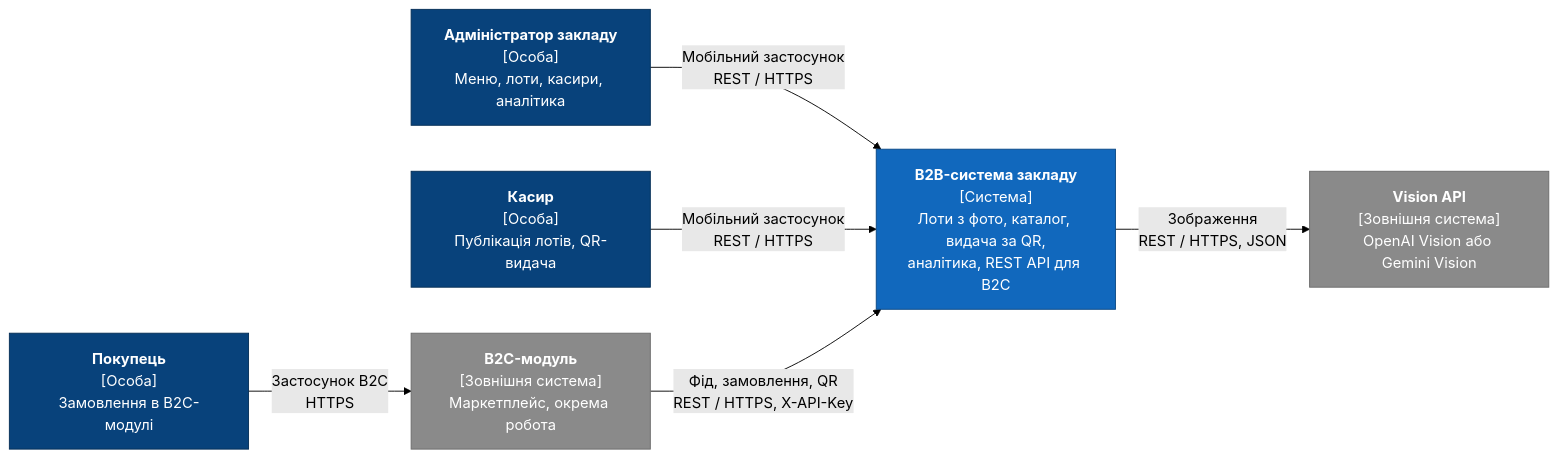
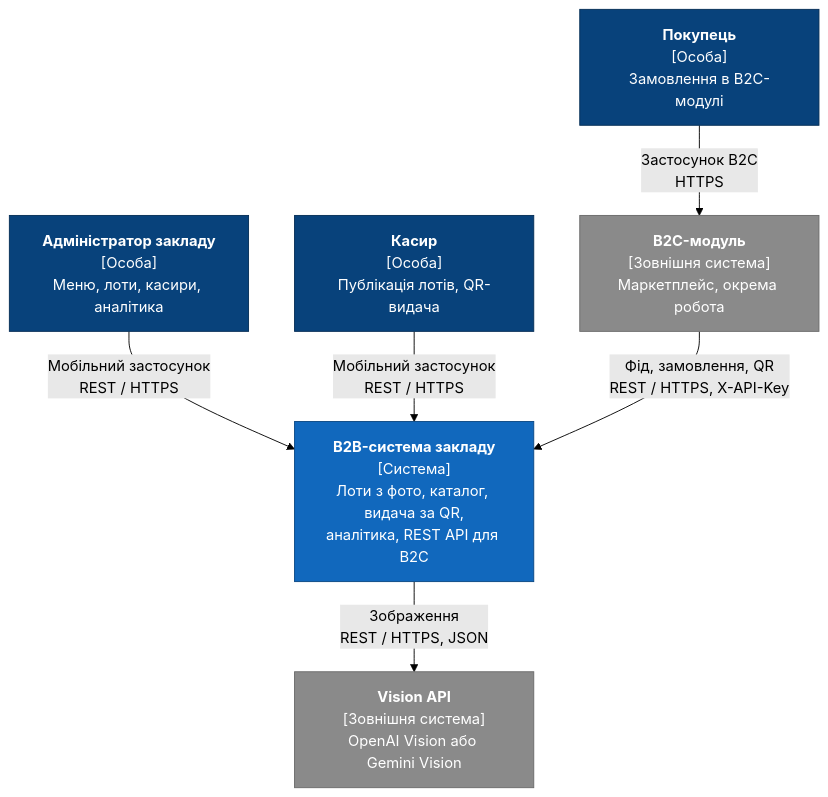
The first of 7 diagrams in docs/2_design.md (F2-diploma-project/F2-diploma-project), drawn with Mermaid (forest theme) before and after one commit. The commit also changed other lines of this file and 1 other file, not shown here.

Commit message:
fix(core): use vertical layout for wide c4 diagrams and link updated document

````diff
--- a/docs/2_design.md
+++ b/docs/2_design.md
@@ -106,21 +106,21 @@
 ```mermaid
-flowchart LR
+flowchart TB
     admin["<b>Адміністратор закладу</b><br/>[Особа]<br/>Меню, лоти, касири, аналітика"]:::person
     cashier["<b>Касир</b><br/>[Особа]<br/>Публікація лотів, QR-видача"]:::person
     buyer["<b>Покупець</b><br/>[Особа]<br/>Замовлення в B2C-модулі"]:::person
 
     b2b["<b>B2B-система закладу</b><br/>[Система]<br/>Лоти з фото, каталог, видача за QR,<br/>аналітика, REST API для B2C"]:::system
 
     b2c["<b>B2C-модуль</b><br/>[Зовнішня система]<br/>Маркетплейс, окрема робота"]:::ext
     vision["<b>Vision API</b><br/>[Зовнішня система]<br/>OpenAI Vision або Gemini Vision"]:::ext
 
     admin -- "Мобільний застосунок<br/>REST / HTTPS" --> b2b
     cashier -- "Мобільний застосунок<br/>REST / HTTPS" --> b2b
     buyer -- "Застосунок B2C<br/>HTTPS" --> b2c
     b2c -- "Фід, замовлення, QR<br/>REST / HTTPS, X-API-Key" --> b2b
     b2b -- "Зображення<br/>REST / HTTPS, JSON" --> vision
 
     classDef person fill:#08427b,stroke:#052e56,color:#fff
     classDef system fill:#1168bd,stroke:#0b4884,color:#fff
     classDef ext fill:#8a8a8a,stroke:#6b6b6b,color:#fff
 ```
````
